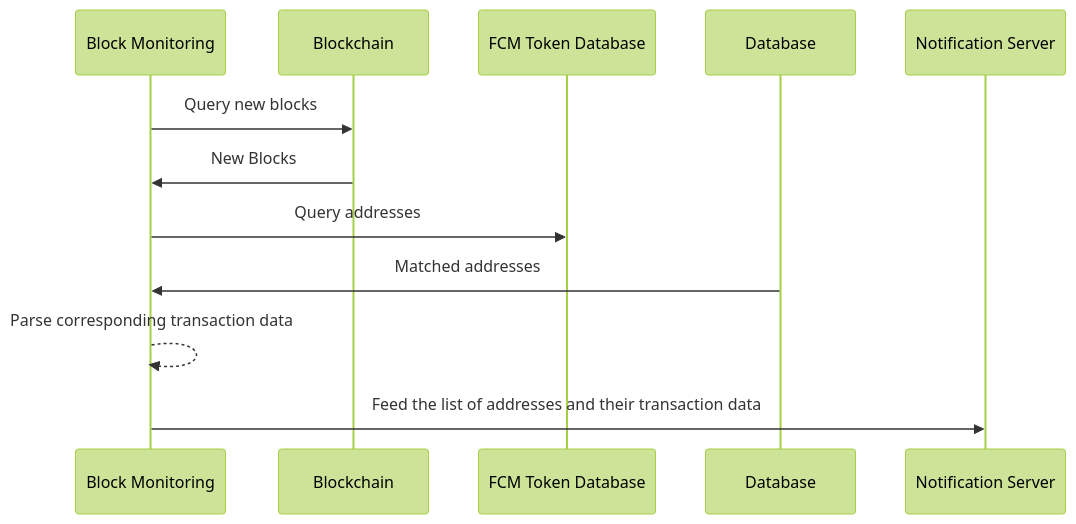
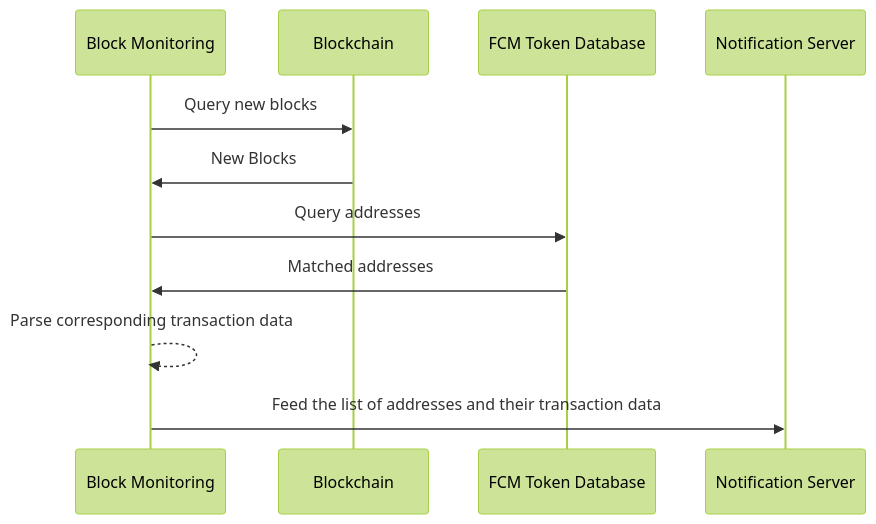
Before and after one commit to tuphan-dn/tether-assessment: the second of 2 diagrams in problem-2/README.md, drawn with Mermaid (forest theme).

````diff
--- a/problem-2/README.md
+++ b/problem-2/README.md
@@ -34,9 +34,9 @@
 ```mermaid
 sequenceDiagram
     Block Monitoring->>Blockchain: Query new blocks
     Blockchain->>Block Monitoring: New Blocks
     Block Monitoring->>FCM Token Database: Query addresses
-    Database->>Block Monitoring: Matched addresses
+    FCM Token Database->>Block Monitoring: Matched addresses
     Block Monitoring-->>Block Monitoring: Parse corresponding transaction data
     Block Monitoring->>Notification Server: Feed the list of addresses and their transaction data
 ```
````
